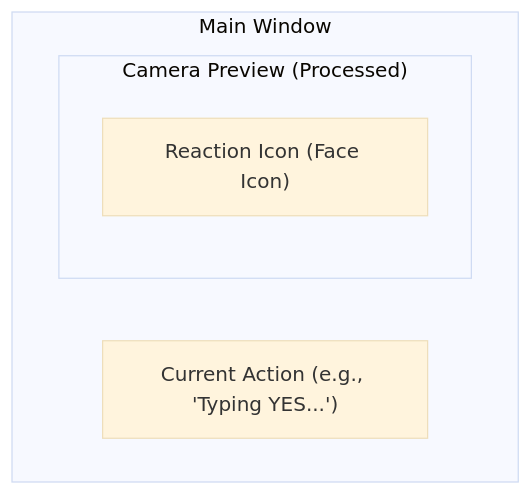
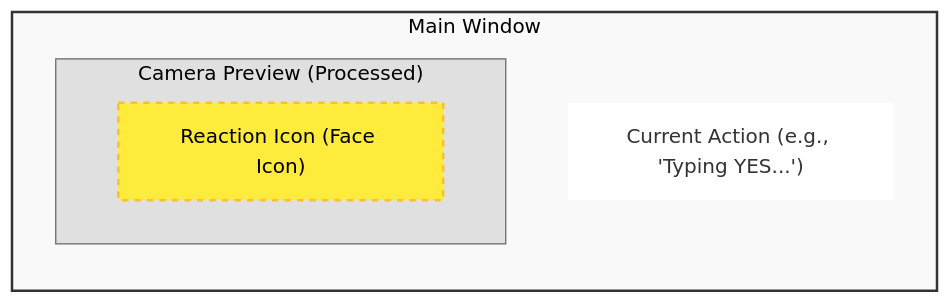
The first of 2 diagrams in wireframe.md (zuntan/kaoiro_concept), drawn with Mermaid (base theme) before and after one commit. The commit also changed other lines of this file and 2 other files, not shown here.

````diff
--- a/wireframe.md
+++ b/wireframe.md
@@ -6,9 +6,22 @@
 ```mermaid
 graph TD
+    %% スタイル定義 (視認性向上)
+    classDef window fill:#f9f9f9,stroke:#333,stroke-width:2px,color:#000
+    classDef area fill:#e0e0e0,stroke:#666,stroke-width:1px,color:#000
+    classDef overlay fill:#ffeb3b,stroke:#fbc02d,stroke-width:2px,color:#000,stroke-dasharray: 5 5
+    classDef text fill:#fff,stroke:none,color:#333
+
     subgraph MainWindow ["Main Window"]
+        direction TB
         subgraph PreviewArea ["Camera Preview (Processed)"]
             IconOverlay["Reaction Icon (Face Icon)"]
         end
         StatusText["Current Action (e.g., 'Typing YES...')"]
     end
+
+    %% クラス適用
+    class MainWindow window
+    class PreviewArea area
+    class IconOverlay overlay
+    class StatusText text
 ```
````
